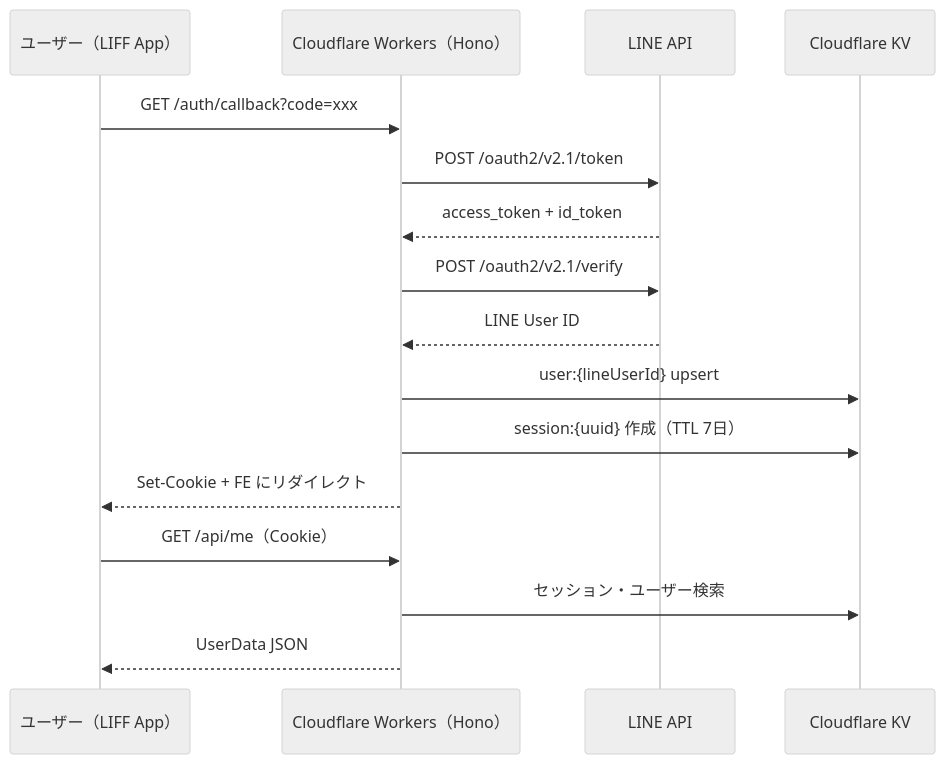
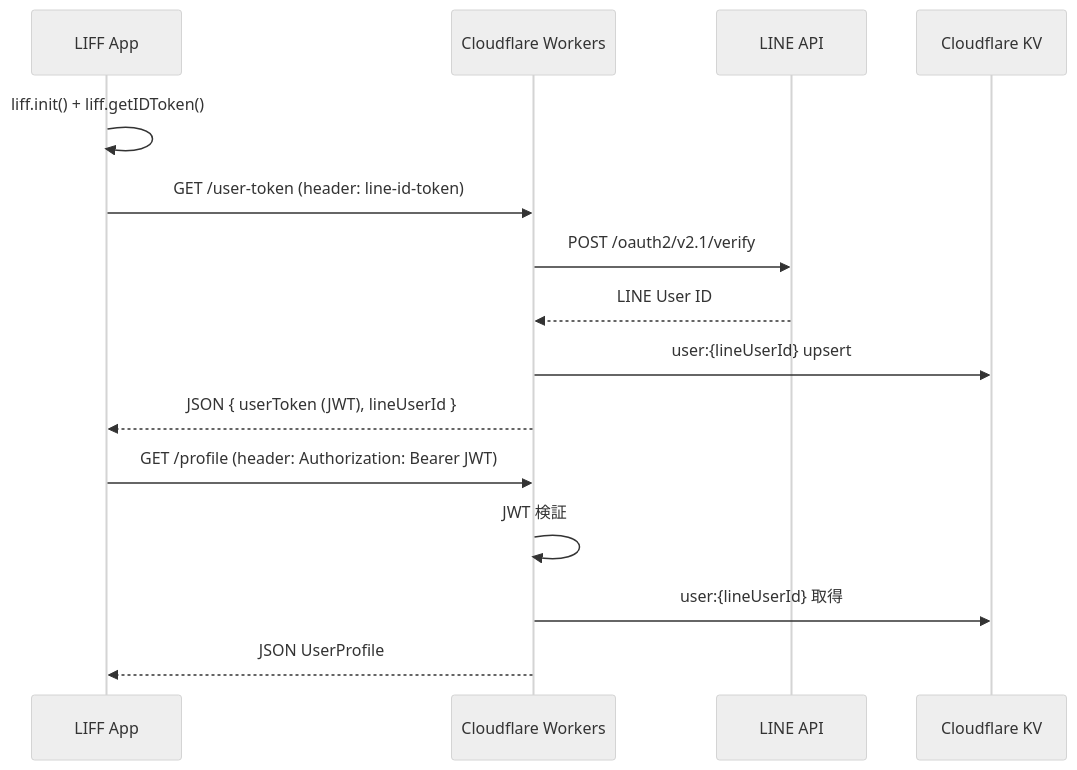
Before and after one commit to webdev-jp-net/line-order-api: the diagram in README.md, drawn with Mermaid (neutral theme). The commit also changed other lines of this file and 21 other files, not shown here.

First line of the commit message:
feat: Cookie セッション認証から LIFF JWT 認証に移行

````diff
--- a/README.md
+++ b/README.md
@@ -27,19 +28,18 @@
 ```mermaid
 sequenceDiagram
-	participant User as ユーザー（LIFF App）
-	participant Worker as Cloudflare Workers（Hono）
+	participant User as LIFF App
+	participant Worker as Cloudflare Workers
 	participant LINE as LINE API
 	participant KV as Cloudflare KV
 
-	User->>Worker: GET /auth/callback?code=xxx
-	Worker->>LINE: POST /oauth2/v2.1/token
-	LINE-->>Worker: access_token + id_token
+	User->>User: liff.init() + liff.getIDToken()
+	User->>Worker: GET /user-token (header: line-id-token)
 	Worker->>LINE: POST /oauth2/v2.1/verify
 	LINE-->>Worker: LINE User ID
 	Worker->>KV: user:{lineUserId} upsert
-	Worker->>KV: session:{uuid} 作成（TTL 7日）
-	Worker-->>User: Set-Cookie + FE にリダイレクト
-	User->>Worker: GET /api/me（Cookie）
-	Worker->>KV: セッション・ユーザー検索
-	Worker-->>User: UserData JSON
+	Worker-->>User: JSON { userToken (JWT), lineUserId }
+	User->>Worker: GET /profile (header: Authorization: Bearer JWT)
+	Worker->>Worker: JWT 検証
+	Worker->>KV: user:{lineUserId} 取得
+	Worker-->>User: JSON UserProfile
 ```
````
